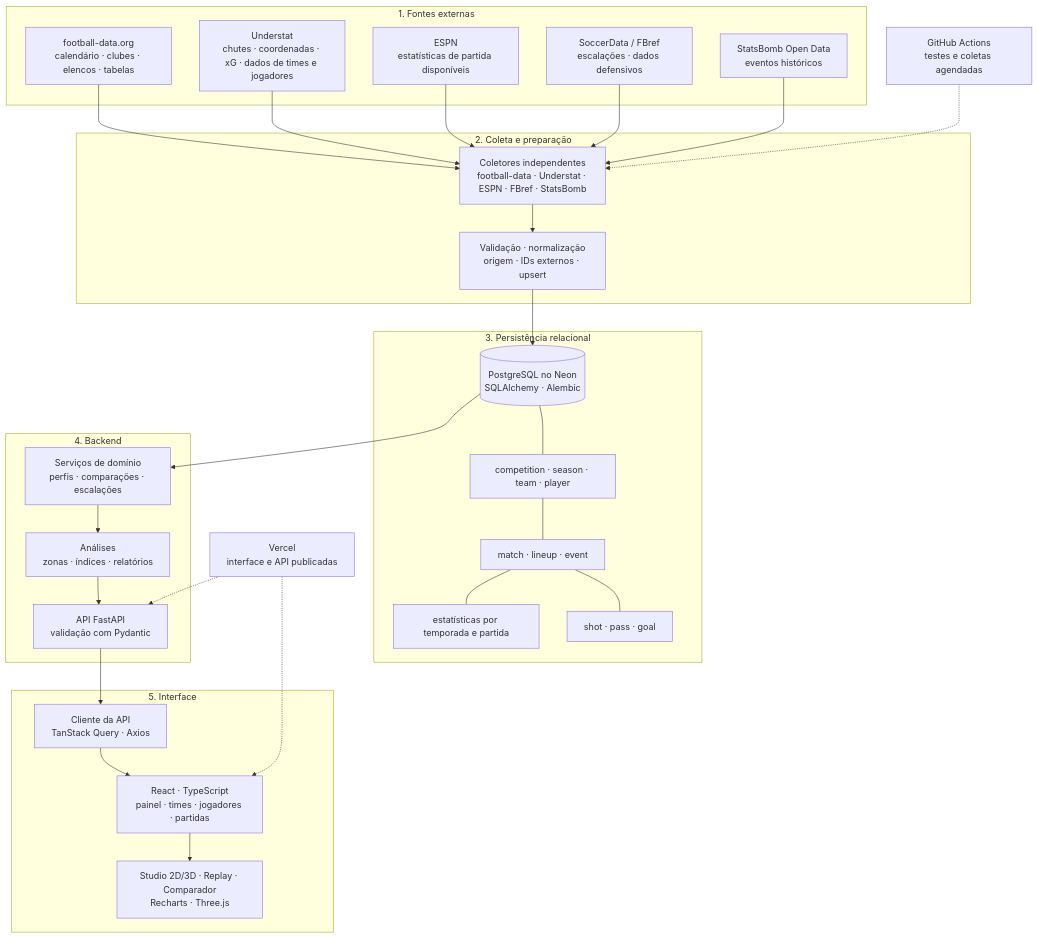
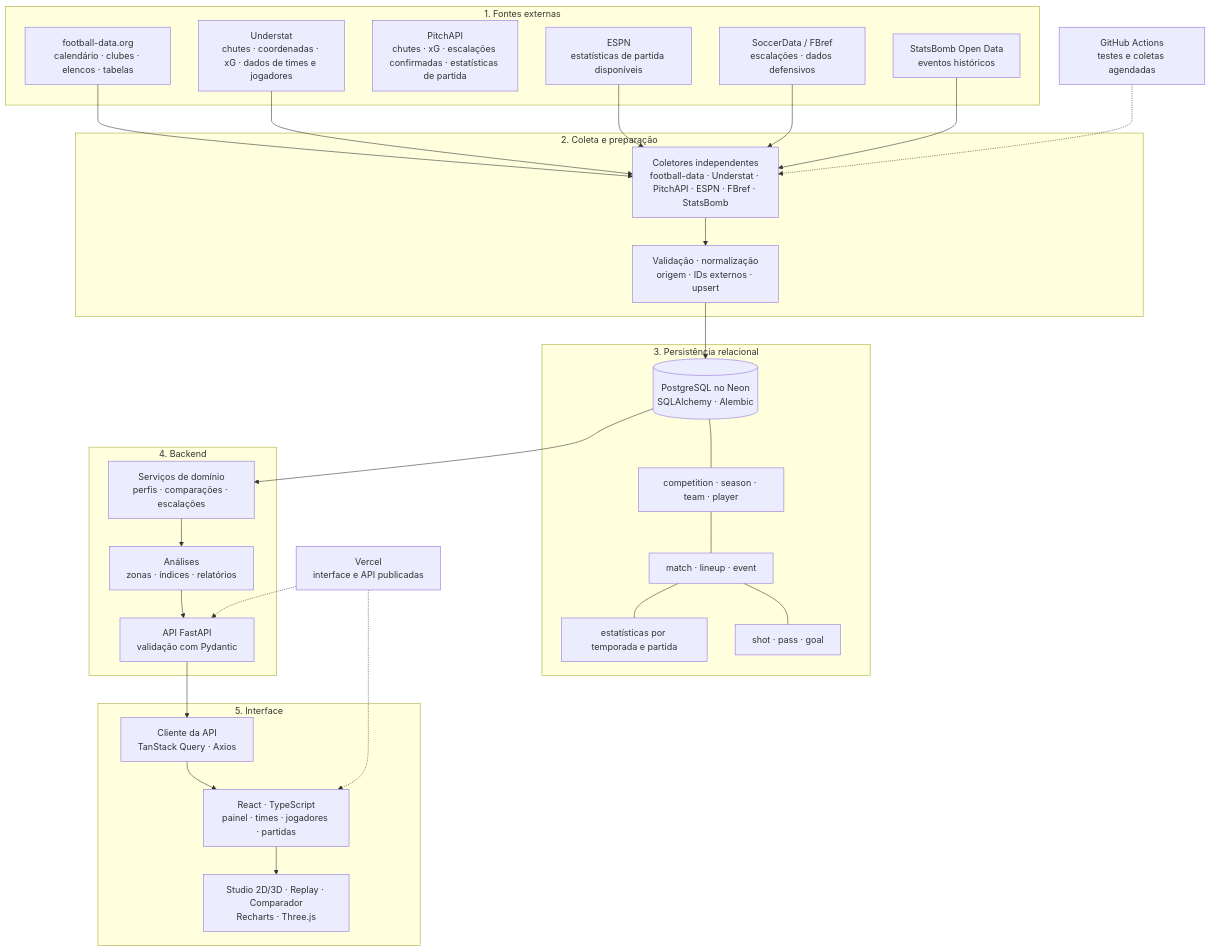
One commit to computa-gr-bd/scout changed the diagram in README.md. Above: the diagram before and after it, drawn with Mermaid. The commit also changed other lines of this file and 15 other files, not shown here.

Commit message:
feat: integrar PitchAPI como fonte complementar

````diff
--- a/README.md
+++ b/README.md
@@ -120,54 +120,55 @@
 ```mermaid
 flowchart TB
     subgraph fontes["1. Fontes externas"]
         FD["football-data.org<br/>calendário · clubes · elencos · tabelas"]
         US["Understat<br/>chutes · coordenadas · xG · dados de times e jogadores"]
+        PA["PitchAPI<br/>chutes · xG · escalações confirmadas · estatísticas de partida"]
         ESPN["ESPN<br/>estatísticas de partida disponíveis"]
         FBREF["SoccerData / FBref<br/>escalações · dados defensivos"]
         SB["StatsBomb Open Data<br/>eventos históricos"]
     end
 
     subgraph ingestao["2. Coleta e preparação"]
-        COLETORES["Coletores independentes<br/>football-data · Understat · ESPN · FBref · StatsBomb"]
+        COLETORES["Coletores independentes<br/>football-data · Understat · PitchAPI · ESPN · FBref · StatsBomb"]
         VALIDACAO["Validação · normalização<br/>origem · IDs externos · upsert"]
     end
 
     subgraph banco["3. Persistência relacional"]
         DB[("PostgreSQL no Neon<br/>SQLAlchemy · Alembic")]
         ENTIDADES["competition · season · team · player"]
         PARTIDAS["match · lineup · event"]
         DETALHES["shot · pass · goal"]
         ESTATISTICAS["estatísticas por temporada e partida"]
         ENTIDADES --- PARTIDAS
         PARTIDAS --- DETALHES
         PARTIDAS --- ESTATISTICAS
         DB --- ENTIDADES
     end
 
     subgraph backend["4. Backend"]
         SERVICOS["Serviços de domínio<br/>perfis · comparações · escalações"]
         ANALISES["Análises<br/>zonas · índices · relatórios"]
         API["API FastAPI<br/>validação com Pydantic"]
         SERVICOS --> ANALISES --> API
     end
 
     subgraph frontend["5. Interface"]
         CLIENTE["Cliente da API<br/>TanStack Query · Axios"]
         TELAS["React · TypeScript<br/>painel · times · jogadores · partidas"]
         VISUAL["Studio 2D/3D · Replay · Comparador<br/>Recharts · Three.js"]
         CLIENTE --> TELAS --> VISUAL
     end
 
     FD --> COLETORES
     US --> COLETORES
     ESPN --> COLETORES
     FBREF --> COLETORES
     SB --> COLETORES
     COLETORES --> VALIDACAO --> DB
     DB --> SERVICOS
     API --> CLIENTE
 
     ACOES["GitHub Actions<br/>testes e coletas agendadas"] -.-> COLETORES
     VERCEL["Vercel<br/>interface e API publicadas"] -.-> API
     VERCEL -.-> TELAS
 ```
````
